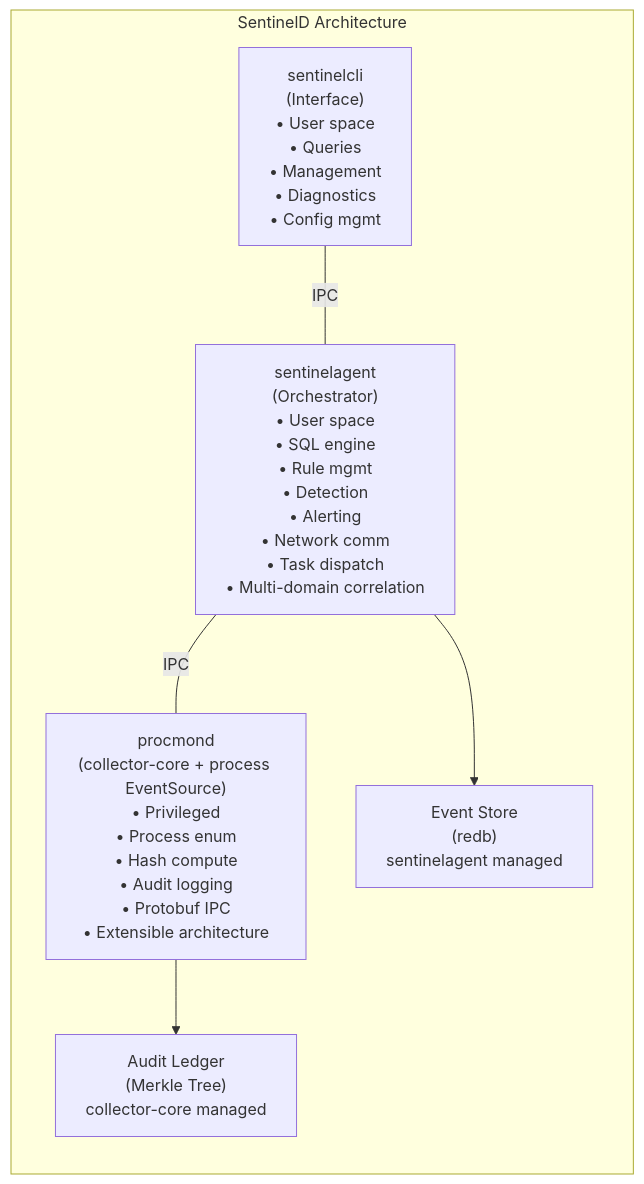
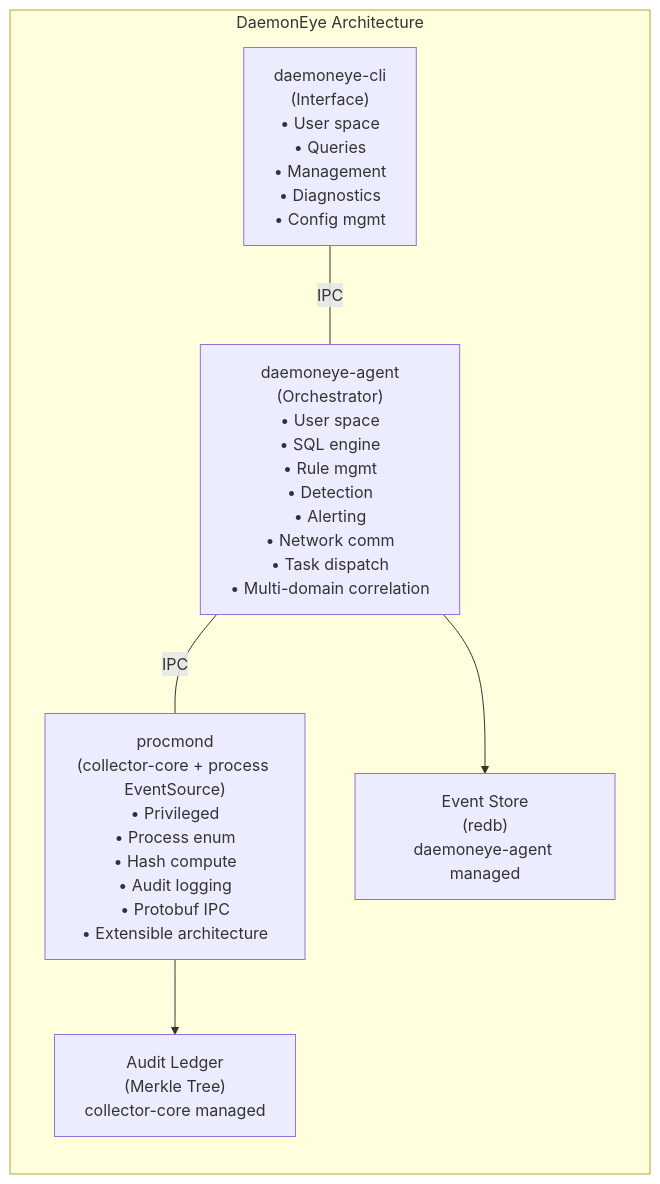
Before and after one commit to EvilBit-Labs/DaemonEye: the second of 6 diagrams in .kiro/specs/sentineld-core-monitoring/design.md, drawn with Mermaid. The commit also changed other lines of this file and 211 other files, not shown here.

First line of the commit message:
[BREAKING] Complete Product Rebranding: SentinelD → DaemonEye (#85)

````diff
--- a/.kiro/specs/sentineld-core-monitoring/design.md
+++ b/.kiro/specs/sentineld-core-monitoring/design.md
@@ -63,21 +63,21 @@
 ```mermaid
 graph LR
-    subgraph "SentinelD Architecture"
-        CLI["sentinelcli<br/>(Interface)<br/>• User space<br/>• Queries<br/>• Management<br/>• Diagnostics<br/>• Config mgmt"]
+    subgraph "DaemonEye Architecture"
+        CLI["daemoneye-cli<br/>(Interface)<br/>• User space<br/>• Queries<br/>• Management<br/>• Diagnostics<br/>• Config mgmt"]
 
-        AGENT["sentinelagent<br/>(Orchestrator)<br/>• User space<br/>• SQL engine<br/>• Rule mgmt<br/>• Detection<br/>• Alerting<br/>• Network comm<br/>• Task dispatch<br/>• Multi-domain correlation"]
+        AGENT["daemoneye-agent<br/>(Orchestrator)<br/>• User space<br/>• SQL engine<br/>• Rule mgmt<br/>• Detection<br/>• Alerting<br/>• Network comm<br/>• Task dispatch<br/>• Multi-domain correlation"]
 
         PROC["procmond<br/>(collector-core + process EventSource)<br/>• Privileged<br/>• Process enum<br/>• Hash compute<br/>• Audit logging<br/>• Protobuf IPC<br/>• Extensible architecture"]
 
         AUDIT["Audit Ledger<br/>(Merkle Tree)<br/>collector-core managed"]
 
-        STORE["Event Store<br/>(redb)<br/>sentinelagent managed"]
+        STORE["Event Store<br/>(redb)<br/>daemoneye-agent managed"]
     end
 
     CLI ---|IPC| AGENT
     AGENT ---|IPC| PROC
     PROC --> AUDIT
     AGENT --> STORE
 
 
 ```
````
